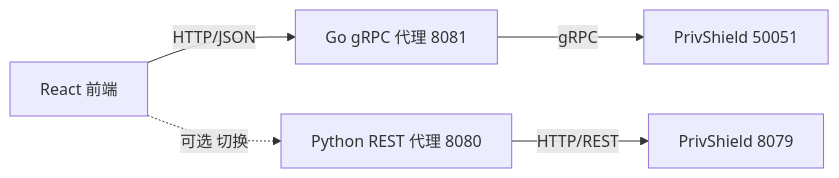
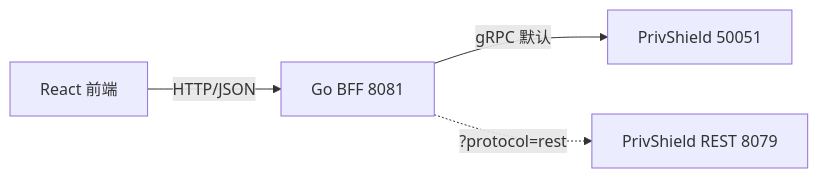
Before and after one commit to fengzhizi319/PrivShield: the first of 2 diagrams in console/bff-go/docs/ops.md, drawn with Mermaid. The commit also changed other lines of this file and 89 other files, not shown here.

````diff
--- a/console/bff-go/docs/ops.md
+++ b/console/bff-go/docs/ops.md
@@ -26,7 +25,6 @@
 ```mermaid
 graph LR
-    A[React 前端] -->|HTTP/JSON| B[Go gRPC 代理 8081]
-    B -->|gRPC| C[PrivShield 50051]
-    A -.->|可选 切换| D[Python REST 代理 8080]
-    D -->|HTTP/REST| E[PrivShield 8079]
+    A[React 前端] -->|HTTP/JSON| B[Go BFF 8081]
+    B -->|gRPC 默认| C[PrivShield 50051]
+    B -.->|?protocol=rest| E[PrivShield REST 8079]
 ```
````
